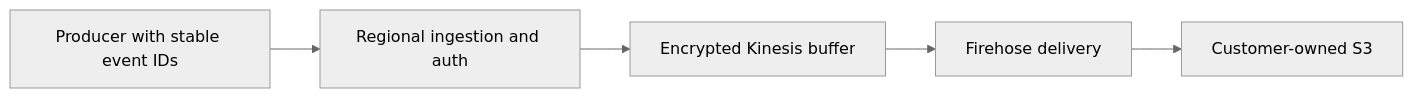
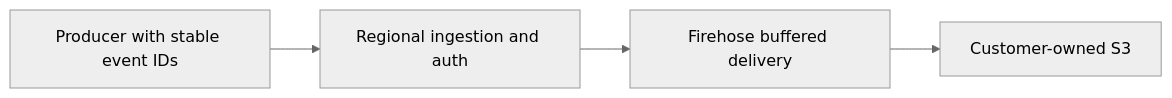
Before and after one commit to bookcicle/eventing-examples: the diagram in docs/scaling.md, drawn with Mermaid (neutral theme). The commit also changed other lines of this file and 5 other files, not shown here.

Commit message:
Compare default Firehose and next release Kinesis configuration

````diff
--- a/docs/scaling.md
+++ b/docs/scaling.md
@@ -64,7 +109,6 @@
 ```mermaid
 flowchart LR
   app[Producer with stable event IDs] --> lambda[Regional ingestion and auth]
-  lambda --> stream[Encrypted Kinesis buffer]
-  stream --> firehose[Firehose delivery]
+  lambda --> firehose[Firehose buffered delivery]
   firehose --> s3[Customer-owned S3]
 ```
````
